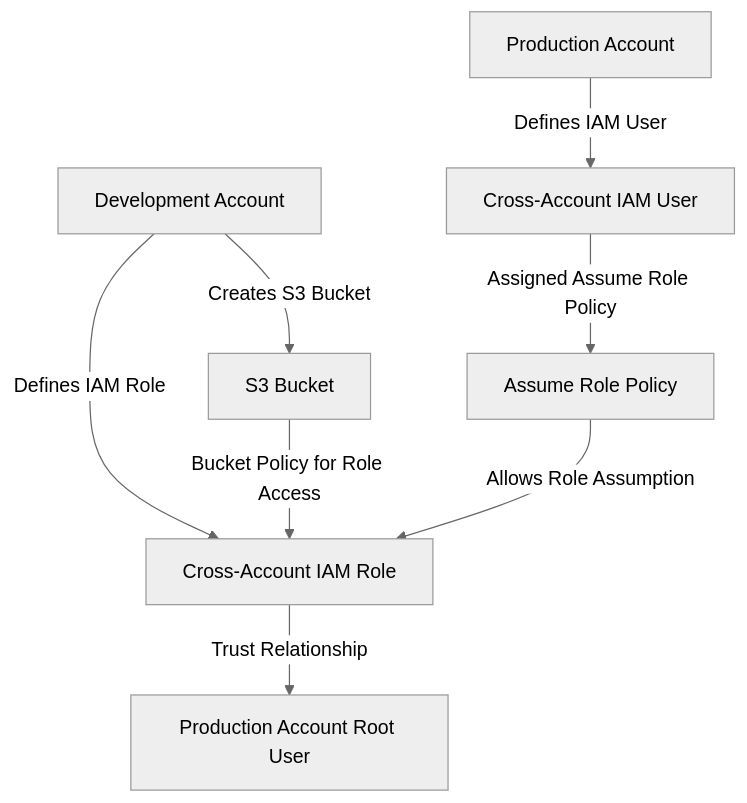
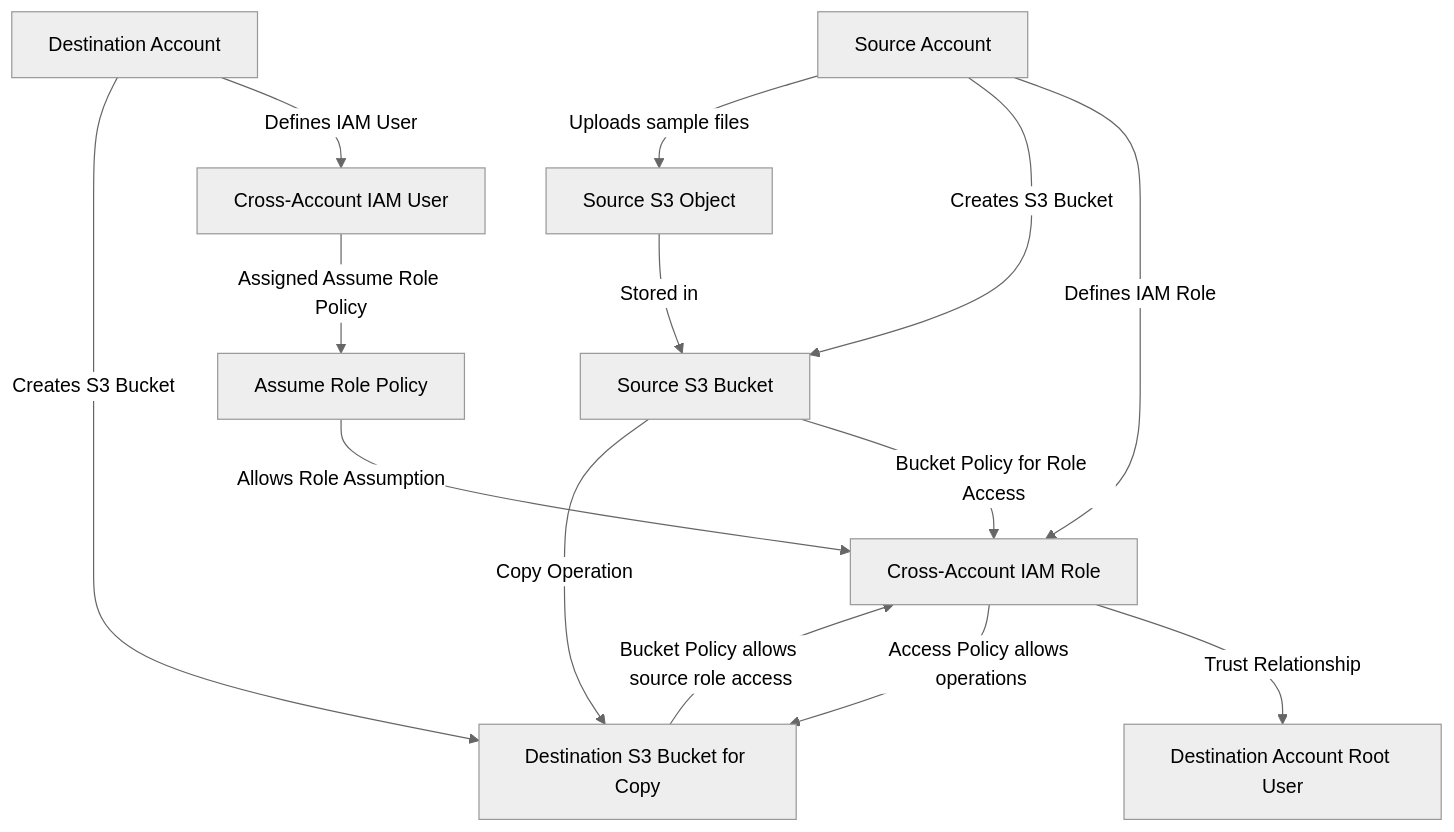
One commit to entechlog/aws-examples changed the first of 3 diagrams in aws-datasync/terraform/README.md. Above: the diagram before and after it, drawn with Mermaid (neutral theme). The commit also changed other lines of this file and 17 other files, not shown here.

````diff
--- a/aws-datasync/terraform/README.md
+++ b/aws-datasync/terraform/README.md
@@ -5,12 +12,21 @@
 ```mermaid
     graph TD;
-        DevAccount[Development Account] -->|Defines IAM Role| DevRole[Cross-Account IAM Role]
-        DevRole -->|Trust Relationship| ProdRootUser[Production Account Root User]
+        SourceAccount[Source Account] -->|Defines IAM Role| SourceRole[Cross-Account IAM Role]
+        SourceRole -->|Trust Relationship| DestinationAccountRoot[Destination Account Root User]
         
-        ProdAccount[Production Account] -->|Defines IAM User| ProdUser[Cross-Account IAM User]
-        ProdUser -->|Assigned Assume Role Policy| ProdPolicy[Assume Role Policy]
-        ProdPolicy -->|Allows Role Assumption| DevRole
+        DestinationAccount[Destination Account] -->|Defines IAM User| DestinationUser[Cross-Account IAM User]
+        DestinationUser -->|Assigned Assume Role Policy| DestinationPolicy[Assume Role Policy]
+        DestinationPolicy -->|Allows Role Assumption| SourceRole
 
-        DevAccount -->|Creates S3 Bucket| S3Bucket[S3 Bucket]
-        S3Bucket -->|Bucket Policy for Role Access| DevRole
+        SourceAccount -->|Creates S3 Bucket| SourceS3Bucket[Source S3 Bucket]
+        SourceS3Bucket -->|Bucket Policy for Role Access| SourceRole
+
+        SourceAccount -->|Uploads sample files| SourceS3Object[Source S3 Object]
+        SourceS3Object -->|Stored in| SourceS3Bucket
+
+        DestinationAccount -->|Creates S3 Bucket| DestinationS3BucketCopy[Destination S3 Bucket for Copy]
+        SourceRole -->|Access Policy allows operations| DestinationS3BucketCopy
+
+        SourceS3Bucket -->|Copy Operation| DestinationS3BucketCopy
+        DestinationS3BucketCopy -->|Bucket Policy allows source role access| SourceRole
 ```
````
